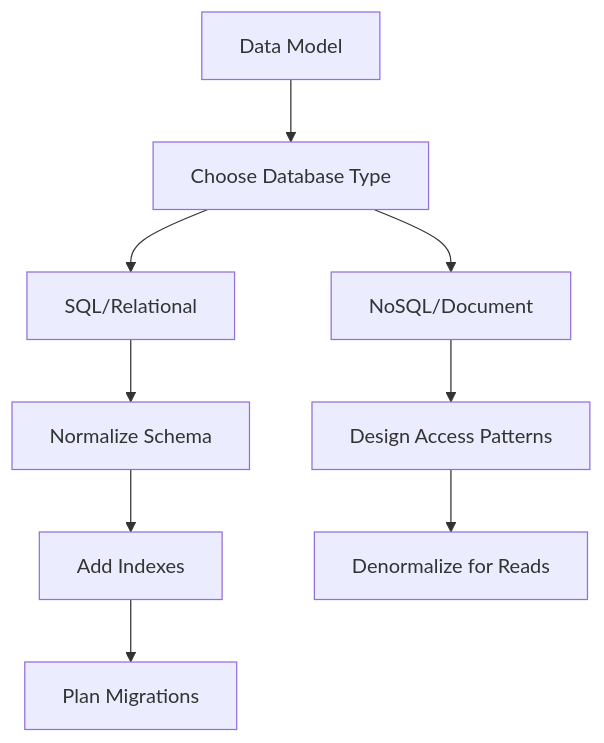
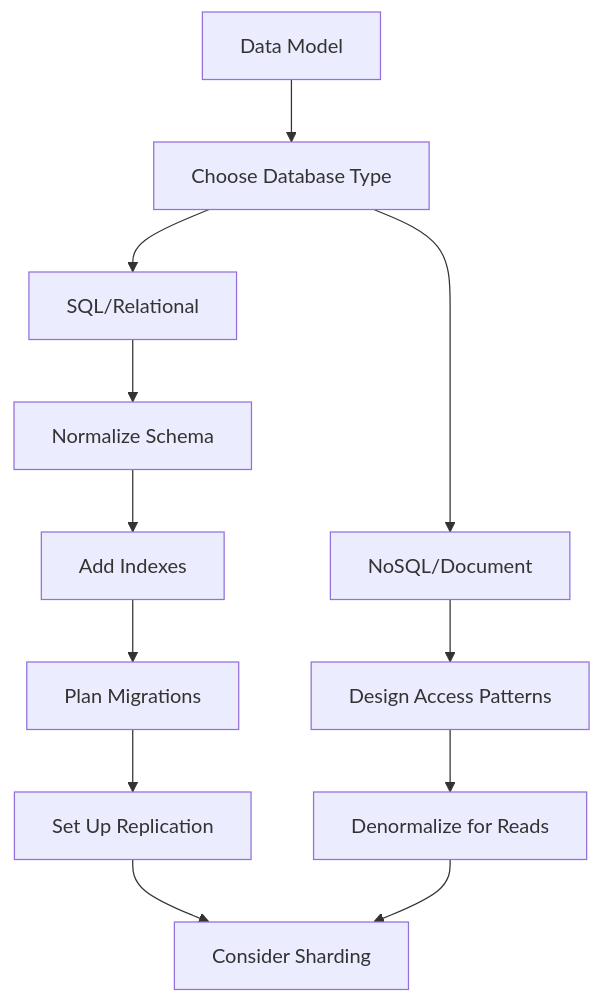
Before and after one commit to tomzaku/perp-ef: the first of 16 diagrams in src/content/backend-paths/database.md, drawn with Mermaid. The commit also changed other lines of this file and 9 other files, not shown here.

````diff
--- a/src/content/backend-paths/database.md
+++ b/src/content/backend-paths/database.md
@@ -31,11 +25,14 @@
 ```mermaid
 flowchart TD
     A[Data Model] --> B[Choose Database Type]
     B --> C[SQL/Relational]
     B --> D[NoSQL/Document]
     C --> E[Normalize Schema]
     E --> F[Add Indexes]
     F --> G[Plan Migrations]
+    G --> J[Set Up Replication]
+    J --> K[Consider Sharding]
     D --> H[Design Access Patterns]
     H --> I[Denormalize for Reads]
+    I --> K
 ```
````
